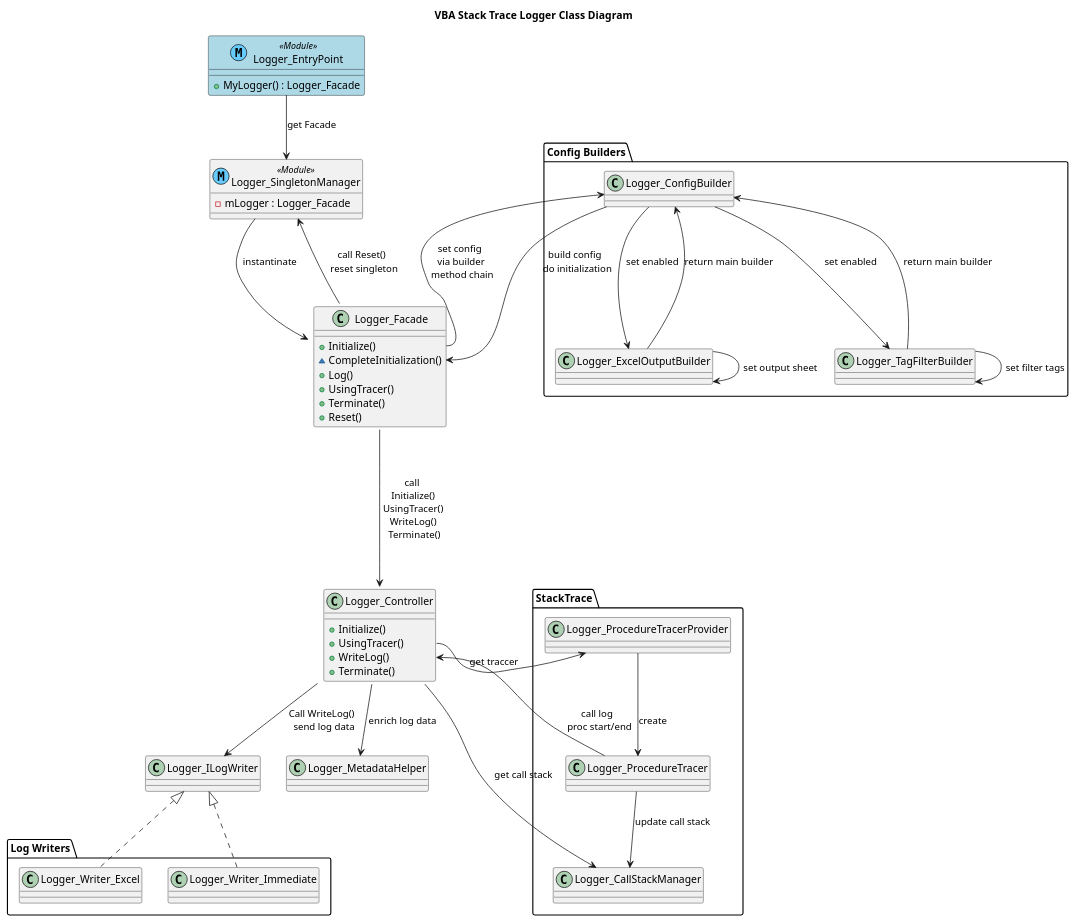
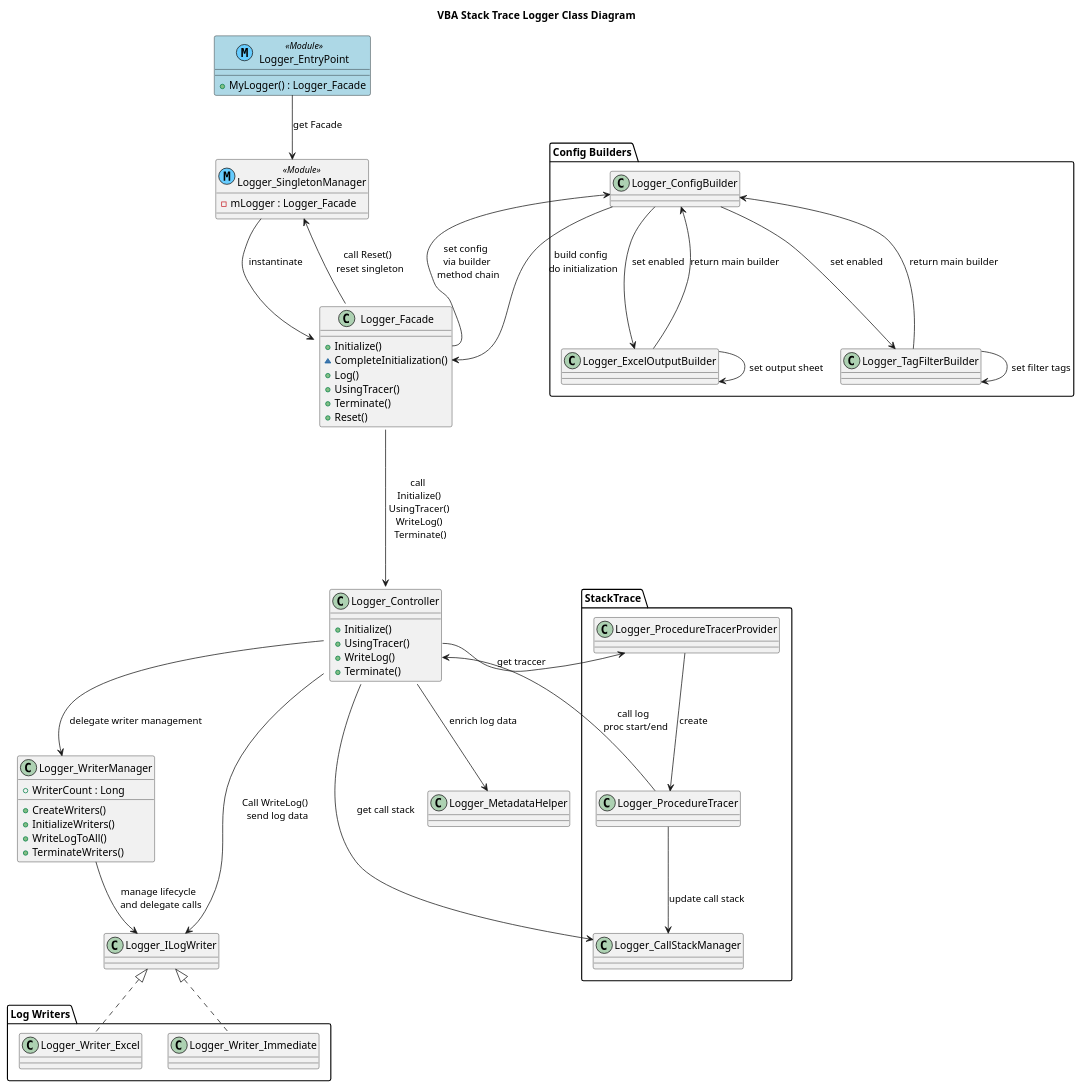
One commit to ryuryu333/vba_stack_trace_logger changed the diagram in docs/クラス図.puml. Above: the diagram before and after it, drawn with PlantUML. The commit also changed 3 other files, not shown here.

Commit message:
Controller から Writer の管理を分離 close #33

```diff
--- a/docs/クラス図.puml
+++ b/docs/クラス図.puml
@@ -1,120 +1,131 @@
 @startuml Class Diagram
 title VBA Stack Trace Logger Class Diagram
 
 ' User use logger through Logger_EntryPoint.MyLogger
 ' e.g. MyLogger.Log "Message"
 class Logger_EntryPoint << (M,66CCFF) Module >> #LightBlue ##black {
     + MyLogger() : Logger_Facade
 }
 
 class Logger_SingletonManager << (M,66CCFF) Module >> {
     - mLogger : Logger_Facade
 }
 
 ' Logger API
 class Logger_Facade {
     + Initialize()
     ~ CompleteInitialization()
     + Log()
     + UsingTracer()
     + Terminate()
     + Reset()
 }
 
 Logger_EntryPoint --> Logger_SingletonManager : get Facade
 Logger_SingletonManager --> Logger_Facade : instantinate
 Logger_Facade --> Logger_SingletonManager : call Reset() \n reset singleton
 
 ' Logger main logic
 ' e.g. "Logger_Facade.log" call "Logger_Controller.WriteLog"
 class Logger_Controller {
     + Initialize()
     + UsingTracer()
     + WriteLog()
     + Terminate()
 }
 
+' Writer management - extracted from Controller
+class Logger_WriterManager {
+    + CreateWriters()
+    + InitializeWriters()
+    + WriteLogToAll()
+    + TerminateWriters()
+    + WriterCount : Long
+}
+
 Logger_Facade ---> Logger_Controller : call \n Initialize() \n UsingTracer() \n WriteLog() \n Terminate()
+Logger_Controller --> Logger_WriterManager : delegate writer management
 
 ' User initialize logger through Logger_Facade.Initialize
 ' Setting values are defined through builders
 ' e.g. MyLogger.Initialize.EnabledStckTrace.Build
 package "Config Builders" {
     ' Main builder
     class Logger_ConfigBuilder {
     }
     ' Sub builders
     ' When user call "Logger_ConfigBuilder.EnableWriteToExcelSheet",
     ' next chain is only "Logger_ExcelOutputBuilder.SetOutputExcelSheet"
     class Logger_ExcelOutputBuilder {
     }
     class Logger_TagFilterBuilder {
     }
 }
 
 Logger_Facade::Initialize --> Logger_ConfigBuilder : set config \n via builder \n method chain
 
 Logger_ConfigBuilder --> Logger_ExcelOutputBuilder : set enabled
 Logger_ExcelOutputBuilder --> Logger_ExcelOutputBuilder : set output sheet
 Logger_ExcelOutputBuilder --> Logger_ConfigBuilder : return main builder
 
 Logger_ConfigBuilder --> Logger_TagFilterBuilder : set enabled
 Logger_TagFilterBuilder --> Logger_TagFilterBuilder : set filter tags
 Logger_TagFilterBuilder --> Logger_ConfigBuilder : return main builder
 
 Logger_ConfigBuilder --> Logger_Facade::CompleteInitialization : build config \n do initialization
 
 ' Enrich log data with metadata
 class Logger_MetadataHelper {
 }
 
 Logger_Controller --> Logger_MetadataHelper : enrich log data
 
 ' Strategy pattern
 class Logger_ILogWriter {
 }
 package "Log Writers" {
     class Logger_Writer_Excel {
     }
     class Logger_Writer_Immediate {
     }
 }
 
 Logger_Controller --> Logger_ILogWriter : Call WriteLog() \n send log data
+Logger_WriterManager --> Logger_ILogWriter : manage lifecycle \n and delegate calls
 Logger_ILogWriter <|.. Logger_Writer_Excel
 Logger_ILogWriter <|.. Logger_Writer_Immediate
 
 package "StackTrace" {
     ' Manages call stack information
     class Logger_CallStackManager {
     }
     ' Trace procedure start/end, and call methods
     ' Like RAII, catch start via constructor, end via destructor
     ' User instance this class in procedure first scope
     ' e.g. Dim scopeGuard = MyLogger.UsingTracer("ModuleName", "ProcedureName")
     class Logger_ProcedureTracer {
     }
     ' Provides procedure tracer instance
     class Logger_ProcedureTracerProvider {
     }
 
     Logger_Controller ---> Logger_CallStackManager : get call stack
     Logger_Controller::UsingTracer ---> Logger_ProcedureTracerProvider : get traccer
     Logger_ProcedureTracerProvider --> Logger_ProcedureTracer : create
     Logger_ProcedureTracer --> Logger_CallStackManager : update call stack
     Logger_ProcedureTracer --> Logger_Controller::WriteLog  : call log \n proc start/end
 }
 
 remove @unlinked
 '===  hidden classes ===
 class Logger_LogInfoStruct {
 }
 class Logger_ConfigStruct {
 }
 class Logger_DataStruct << (M,66CCFF) Module >> #LightBlue ##black{
     + LoggerLogTag : Enum
 }
 class Logger_Constants {
 }
 
 @enduml
```
